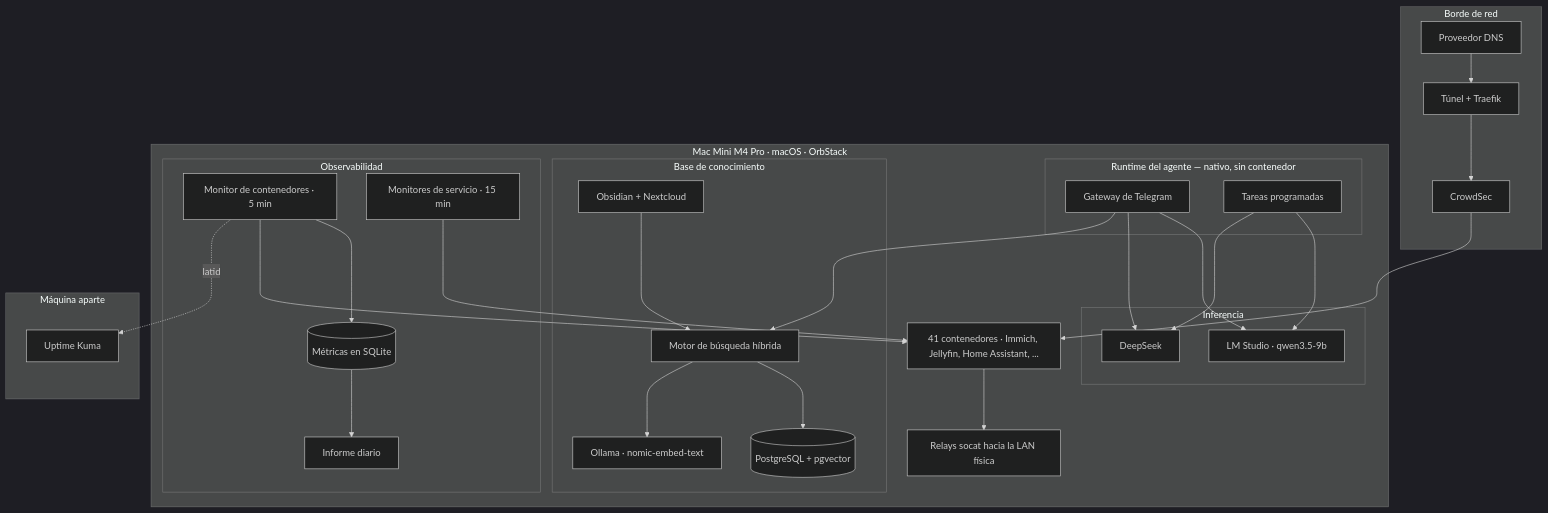
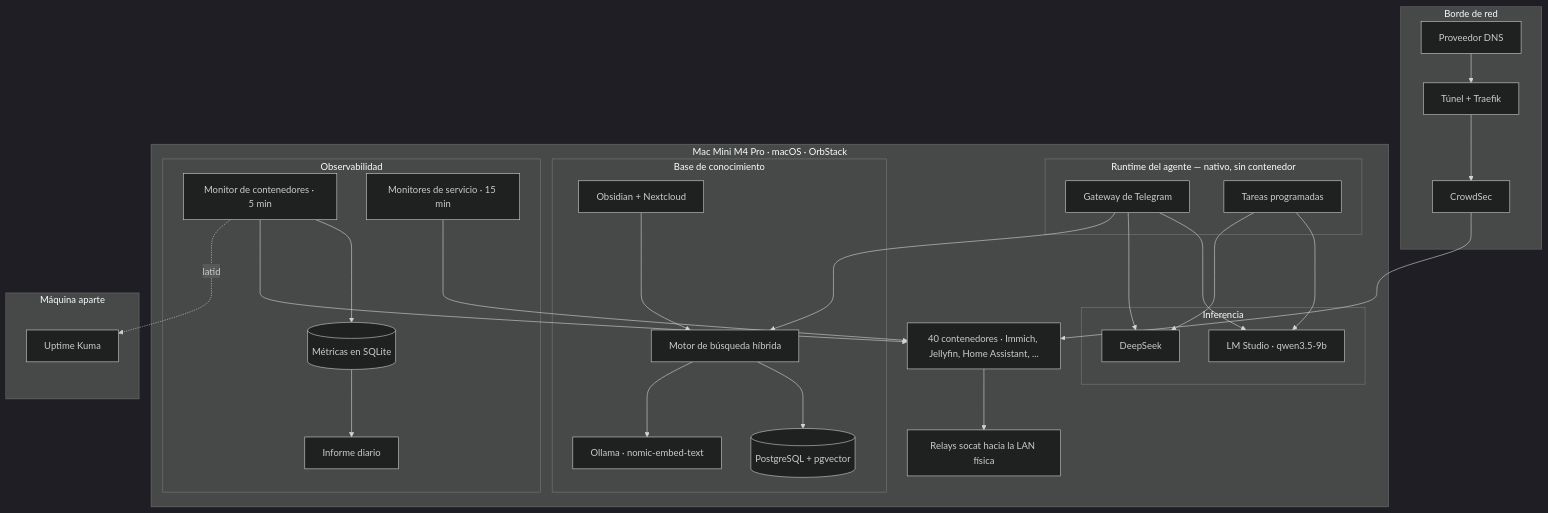
The first of 2 diagrams in docs/architecture.md (miquelblanch/homelab-ai-platform), drawn with Mermaid (dark theme) before and after one commit. The commit also changed other lines of this file and 3 other files, not shown here.

````diff
--- a/docs/architecture.md
+++ b/docs/architecture.md
@@ -41,56 +41,56 @@
 ```mermaid
 flowchart TB
     subgraph edge["Borde de red"]
         CF[Proveedor DNS] --> TUN[Túnel + Traefik]
         TUN --> WAF[CrowdSec]
     end
 
     subgraph host["Mac Mini M4 Pro · macOS · OrbStack"]
         subgraph agent["Runtime del agente — nativo, sin contenedor"]
             GW[Gateway de Telegram]
             CRON[Tareas programadas]
         end
 
         subgraph models["Inferencia"]
             LOCAL[LM Studio · qwen3.5-9b]
             CLOUD[DeepSeek]
         end
 
         subgraph rag["Base de conocimiento"]
             GB[Motor de búsqueda híbrida]
             SRC[Obsidian + Nextcloud]
             PG[(PostgreSQL + pgvector)]
             EMB[Ollama · nomic-embed-text]
         end
 
         subgraph obs["Observabilidad"]
             DM[Monitor de contenedores · 5 min]
             HM[Monitores de servicio · 15 min]
             SQL[(Métricas en SQLite)]
             RPT[Informe diario]
         end
 
-        APPS[41 contenedores · Immich, Jellyfin, Home Assistant, ...]
+        APPS[40 contenedores · Immich, Jellyfin, Home Assistant, ...]
         RELAY[Relays socat hacia la LAN física]
     end
 
     subgraph ext["Máquina aparte"]
         KUMA[Uptime Kuma]
     end
 
     WAF --> APPS
     GW --> LOCAL
     GW --> CLOUD
     GW --> GB
     CRON --> LOCAL
     CRON --> CLOUD
     GB --> PG
     GB --> EMB
     SRC --> GB
     DM --> SQL
     DM --> APPS
     HM --> APPS
     SQL --> RPT
     APPS --> RELAY
     DM -.latido.-> KUMA
 ```
````
